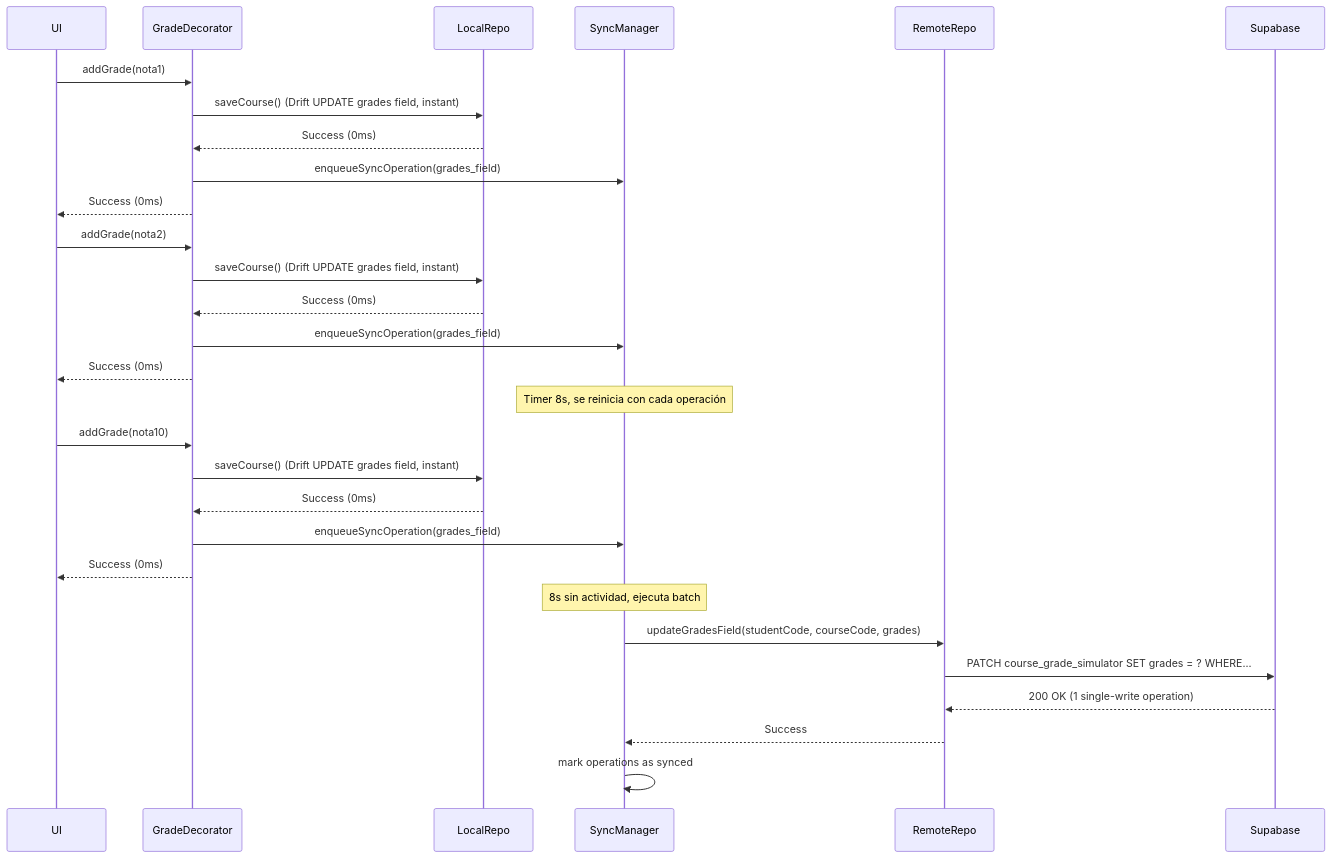
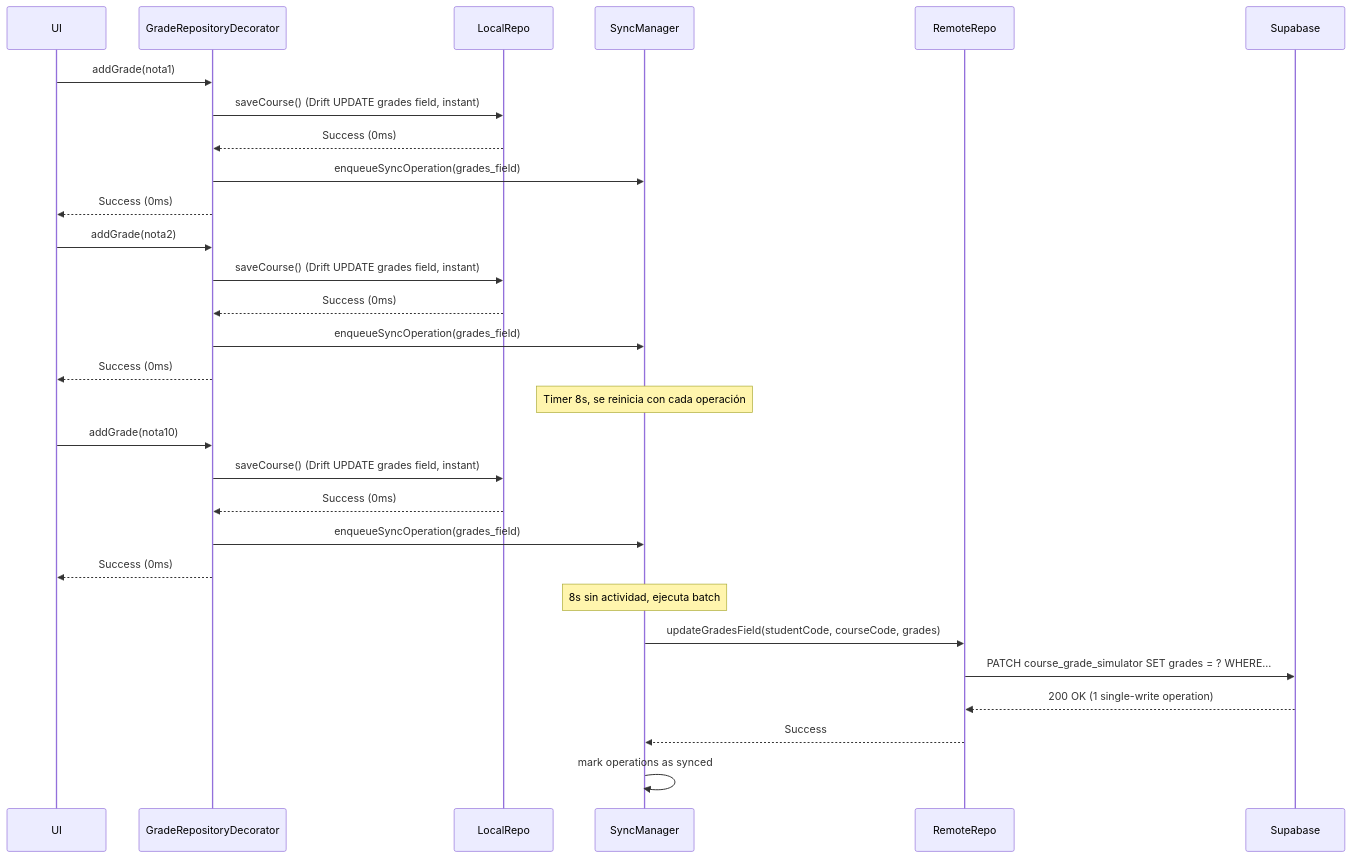
The first of 6 diagrams in docs/database/database-optimization-strategy.md (sigapp-unp/sigapp-mobile), drawn with Mermaid before and after one commit. The commit also changed other lines of this file and 76 other files, not shown here.

````diff
--- a/docs/database/database-optimization-strategy.md
+++ b/docs/database/database-optimization-strategy.md
@@ -79,37 +79,37 @@
 ```mermaid
 sequenceDiagram
     participant UI
-    participant GradeDecorator
+    participant GradeRepositoryDecorator
     participant LocalRepo
     participant SyncManager
     participant RemoteRepo
     participant Supabase
 
-    UI->>GradeDecorator: addGrade(nota1)
-    GradeDecorator->>LocalRepo: saveCourse() (Drift UPDATE grades field, instant)
-    LocalRepo-->>GradeDecorator: Success (0ms)
-    GradeDecorator->>SyncManager: enqueueSyncOperation(grades_field)
-    GradeDecorator-->>UI: Success (0ms)
+    UI->>GradeRepositoryDecorator: addGrade(nota1)
+    GradeRepositoryDecorator->>LocalRepo: saveCourse() (Drift UPDATE grades field, instant)
+    LocalRepo-->>GradeRepositoryDecorator: Success (0ms)
+    GradeRepositoryDecorator->>SyncManager: enqueueSyncOperation(grades_field)
+    GradeRepositoryDecorator-->>UI: Success (0ms)
 
-    UI->>GradeDecorator: addGrade(nota2)
-    GradeDecorator->>LocalRepo: saveCourse() (Drift UPDATE grades field, instant)
-    LocalRepo-->>GradeDecorator: Success (0ms)
-    GradeDecorator->>SyncManager: enqueueSyncOperation(grades_field)
-    GradeDecorator-->>UI: Success (0ms)
+    UI->>GradeRepositoryDecorator: addGrade(nota2)
+    GradeRepositoryDecorator->>LocalRepo: saveCourse() (Drift UPDATE grades field, instant)
+    LocalRepo-->>GradeRepositoryDecorator: Success (0ms)
+    GradeRepositoryDecorator->>SyncManager: enqueueSyncOperation(grades_field)
+    GradeRepositoryDecorator-->>UI: Success (0ms)
 
     Note over SyncManager: Timer 8s, se reinicia con cada operación
 
-    UI->>GradeDecorator: addGrade(nota10)
-    GradeDecorator->>LocalRepo: saveCourse() (Drift UPDATE grades field, instant)
-    LocalRepo-->>GradeDecorator: Success (0ms)
-    GradeDecorator->>SyncManager: enqueueSyncOperation(grades_field)
-    GradeDecorator-->>UI: Success (0ms)
+    UI->>GradeRepositoryDecorator: addGrade(nota10)
+    GradeRepositoryDecorator->>LocalRepo: saveCourse() (Drift UPDATE grades field, instant)
+    LocalRepo-->>GradeRepositoryDecorator: Success (0ms)
+    GradeRepositoryDecorator->>SyncManager: enqueueSyncOperation(grades_field)
+    GradeRepositoryDecorator-->>UI: Success (0ms)
 
     Note over SyncManager: 8s sin actividad, ejecuta batch
 
     SyncManager->>RemoteRepo: updateGradesField(studentCode, courseCode, grades)
     RemoteRepo->>Supabase: PATCH course_grade_simulator SET grades = ? WHERE...
     Supabase-->>RemoteRepo: 200 OK (1 single-write operation)
     RemoteRepo-->>SyncManager: Success
     SyncManager->>SyncManager: mark operations as synced
 ```
````
